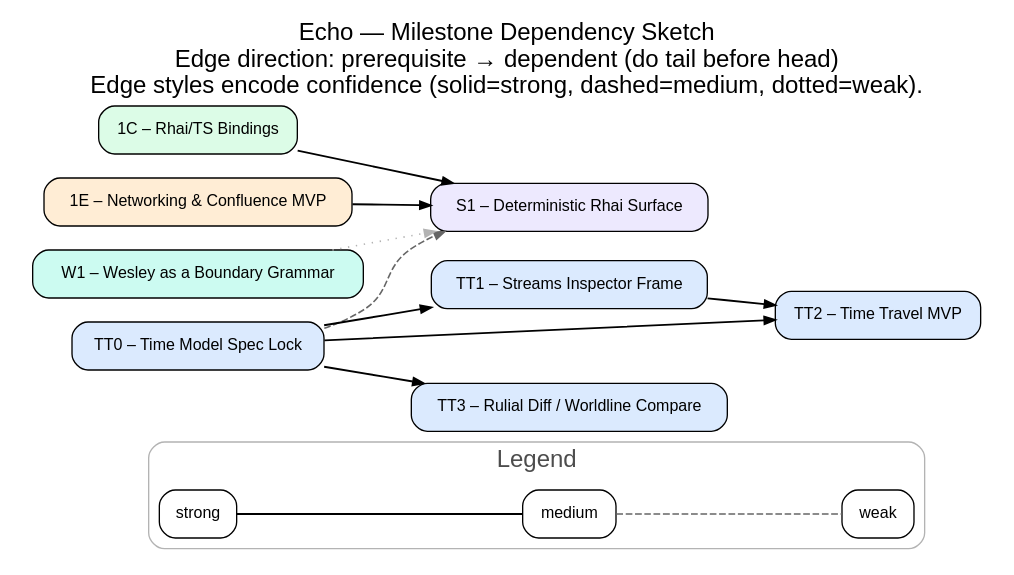
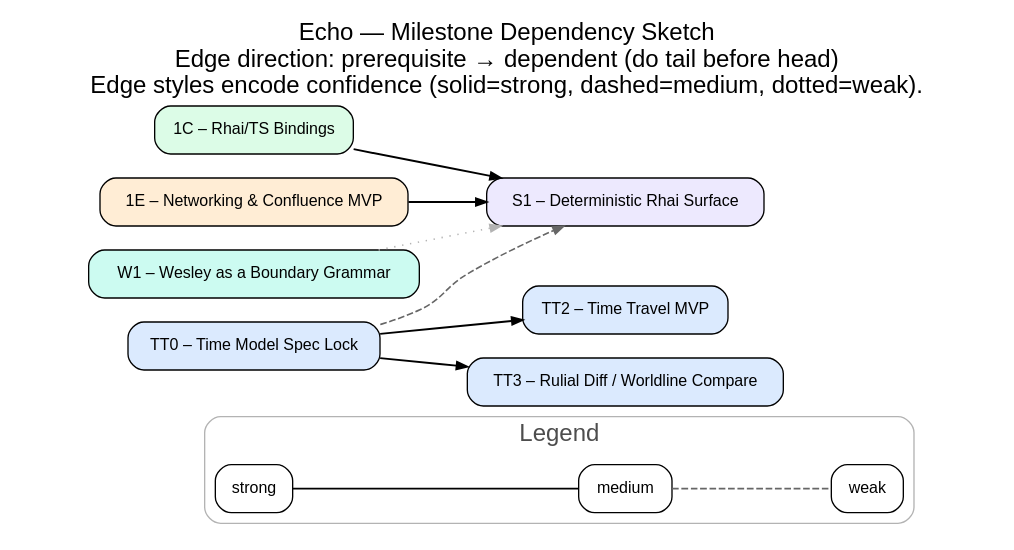
Before and after one commit to flyingrobots/echo: the diagram in docs/assets/dags/milestone-deps.dot, drawn with Graphviz. The commit also changed 22 other files, not shown here.

Commit message:
docs: retire stale StreamsFrame backlog lane

```diff
--- a/docs/assets/dags/milestone-deps.dot
+++ b/docs/assets/dags/milestone-deps.dot
@@ -1,38 +1,35 @@
 // SPDX-License-Identifier: Apache-2.0
 // © James Ross Ω FLYING•ROBOTS <https://github.com/flyingrobots>
 digraph echo_milestone_dependencies {
   graph [rankdir=LR, labelloc="t", fontsize=18, fontname="Helvetica", splines=true];
   node  [shape=box, style="rounded,filled", fontname="Helvetica", fontsize=12, margin="0.14,0.10"];
   edge  [fontname="Helvetica", fontsize=10, arrowsize=0.8];
   label="Echo — Milestone Dependency Sketch\nEdge direction: prerequisite → dependent (do tail before head)\nEdge styles encode confidence (solid=strong, dashed=medium, dotted=weak).";
 
   subgraph cluster_legend {
     label="Legend";
     color="gray70";
     fontcolor="gray30";
     style="rounded";
     L1 [label="strong", fillcolor="#ffffff"];
     L2 [label="medium", fillcolor="#ffffff"];
     L3 [label="weak", fillcolor="#ffffff"];
     L1 -> L2 [arrowhead=none, color="black", penwidth=1.4, style="solid"];
     L2 -> L3 [arrowhead=none, color="gray40", penwidth=1.2, style="dashed"];
   }
 
   m1C [label="1C – Rhai/TS Bindings", fillcolor="#dcfce7", tooltip="1C – Rhai/TS Bindings", URL="https://github.com/flyingrobots/echo/milestone/3"];
   m1E [label="1E – Networking & Confluence MVP", fillcolor="#ffedd5", tooltip="1E – Networking & Confluence MVP", URL="https://github.com/flyingrobots/echo/milestone/5"];
   mS1 [label="S1 – Deterministic Rhai Surface", fillcolor="#ede9fe", tooltip="S1 – Deterministic Rhai Surface", URL="https://github.com/flyingrobots/echo/milestone/18"];
   mTT0 [label="TT0 – Time Model Spec Lock", fillcolor="#dbeafe", tooltip="TT0 – Time Model Spec Lock", URL="https://github.com/flyingrobots/echo/milestone/21"];
-  mTT1 [label="TT1 – Streams Inspector Frame", fillcolor="#dbeafe", tooltip="TT1 – Streams Inspector Frame", URL="https://github.com/flyingrobots/echo/milestone/15"];
   mTT2 [label="TT2 – Time Travel MVP", fillcolor="#dbeafe", tooltip="TT2 – Time Travel MVP", URL="https://github.com/flyingrobots/echo/milestone/16"];
   mTT3 [label="TT3 – Rulial Diff / Worldline Compare", fillcolor="#dbeafe", tooltip="TT3 – Rulial Diff / Worldline Compare", URL="https://github.com/flyingrobots/echo/milestone/17"];
   mW1 [label="W1 – Wesley as a Boundary Grammar", fillcolor="#ccfbf1", tooltip="W1 – Wesley as a Boundary Grammar", URL="https://github.com/flyingrobots/echo/milestone/19"];
 
-  mTT0 -> mTT1 [color="black", penwidth=1.4, style="solid", tooltip="time model unlocks inspector frame"];
   mTT0 -> mTT2 [color="black", penwidth=1.4, style="solid", tooltip="time model unlocks time travel MVP"];
-  mTT1 -> mTT2 [color="black", penwidth=1.4, style="solid", tooltip="inspector frame supports time travel UX"];
   mTT0 -> mTT3 [color="black", penwidth=1.4, style="solid", tooltip="time model unlocks worldline compare"];
   m1C -> mS1 [color="black", penwidth=1.4, style="solid", tooltip="bindings needed for deterministic Rhai"];
   m1E -> mS1 [color="black", penwidth=1.4, style="solid", tooltip="security contexts constrain sandbox"];
   mTT0 -> mS1 [color="gray40", penwidth=1.2, style="dashed", tooltip="deterministic time model likely needed"];
   mW1 -> mS1 [color="gray70", penwidth=1.2, style="dotted", tooltip="boundary grammar maybe needed"];
 }
```
